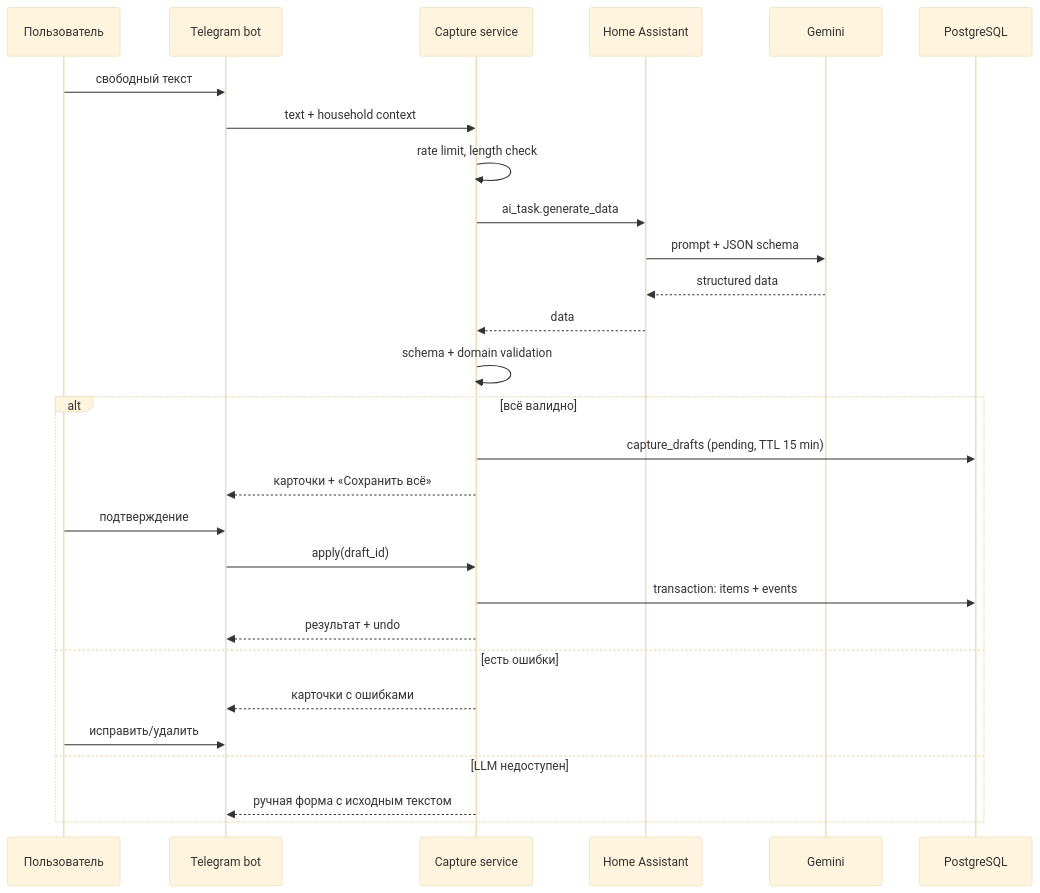
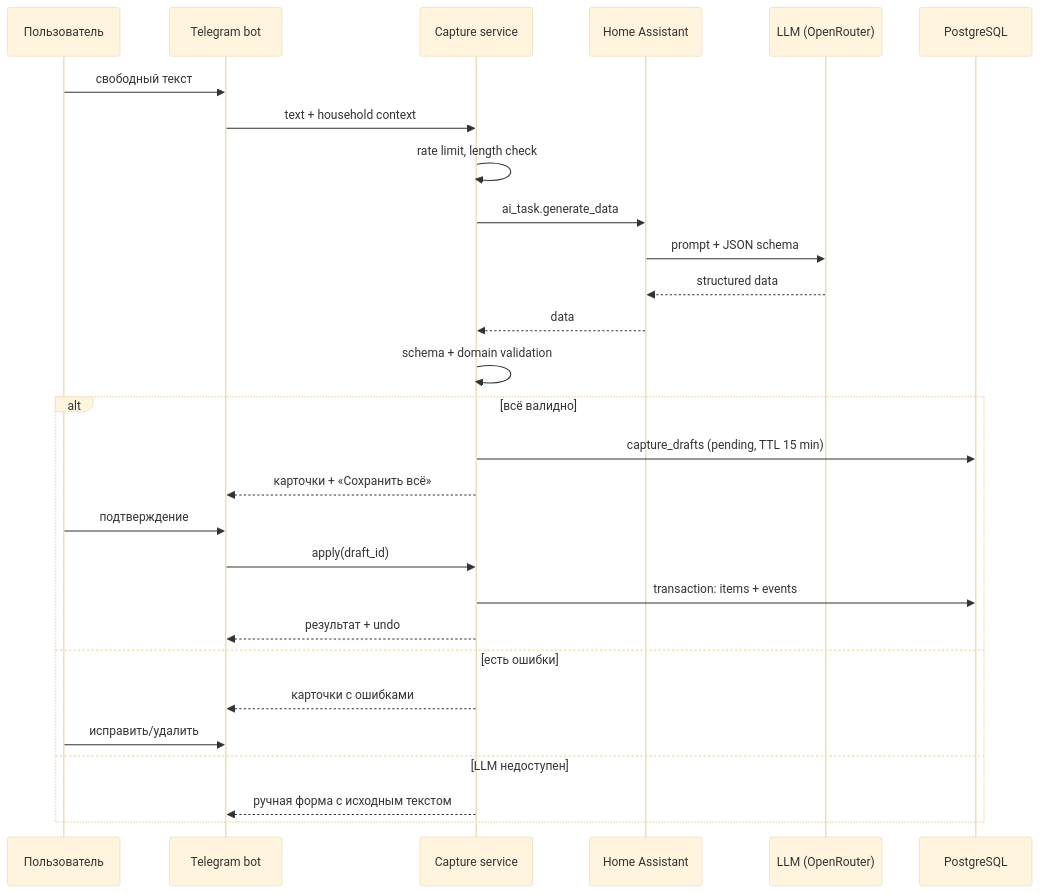
The first of 2 diagrams in docs/llm-capture.md (StellaLupus/tasklerq), drawn with Mermaid (base theme) before and after one commit. The commit also changed other lines of this file and 11 other files, not shown here.

````diff
--- a/docs/llm-capture.md
+++ b/docs/llm-capture.md
@@ -37,31 +37,31 @@
 ```mermaid
 sequenceDiagram
     participant U as Пользователь
     participant B as Telegram bot
     participant C as Capture service
     participant HA as Home Assistant
-    participant G as Gemini
+    participant G as LLM (OpenRouter)
     participant DB as PostgreSQL
 
     U->>B: свободный текст
     B->>C: text + household context
     C->>C: rate limit, length check
     C->>HA: ai_task.generate_data
     HA->>G: prompt + JSON schema
     G-->>HA: structured data
     HA-->>C: data
     C->>C: schema + domain validation
     alt всё валидно
         C->>DB: capture_drafts (pending, TTL 15 min)
         C-->>B: карточки + «Сохранить всё»
         U->>B: подтверждение
         B->>C: apply(draft_id)
         C->>DB: transaction: items + events
         C-->>B: результат + undo
     else есть ошибки
         C-->>B: карточки с ошибками
         U->>B: исправить/удалить
     else LLM недоступен
         C-->>B: ручная форма с исходным текстом
     end
 ```
````
